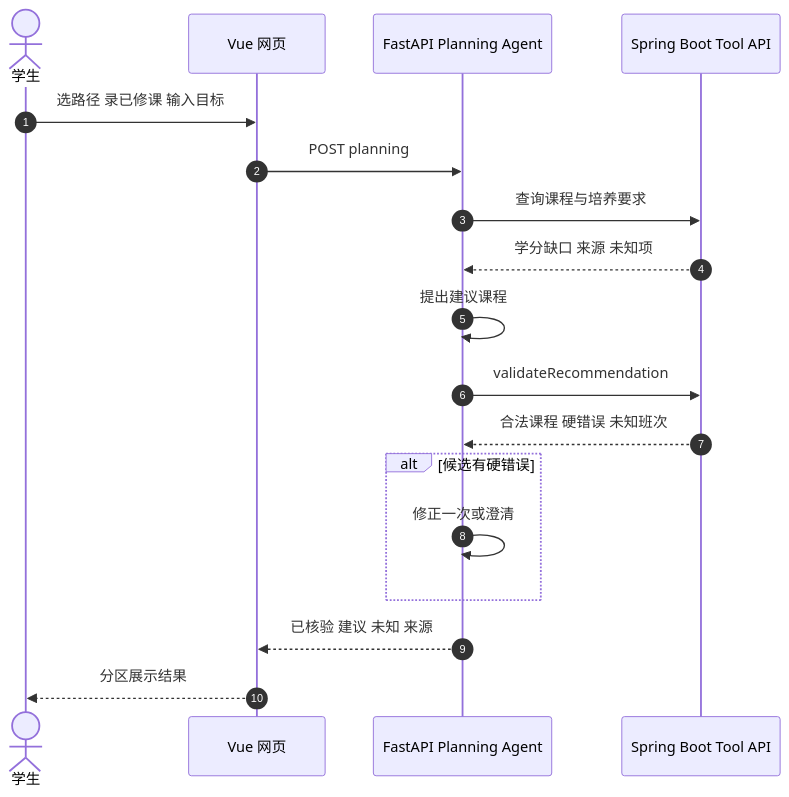
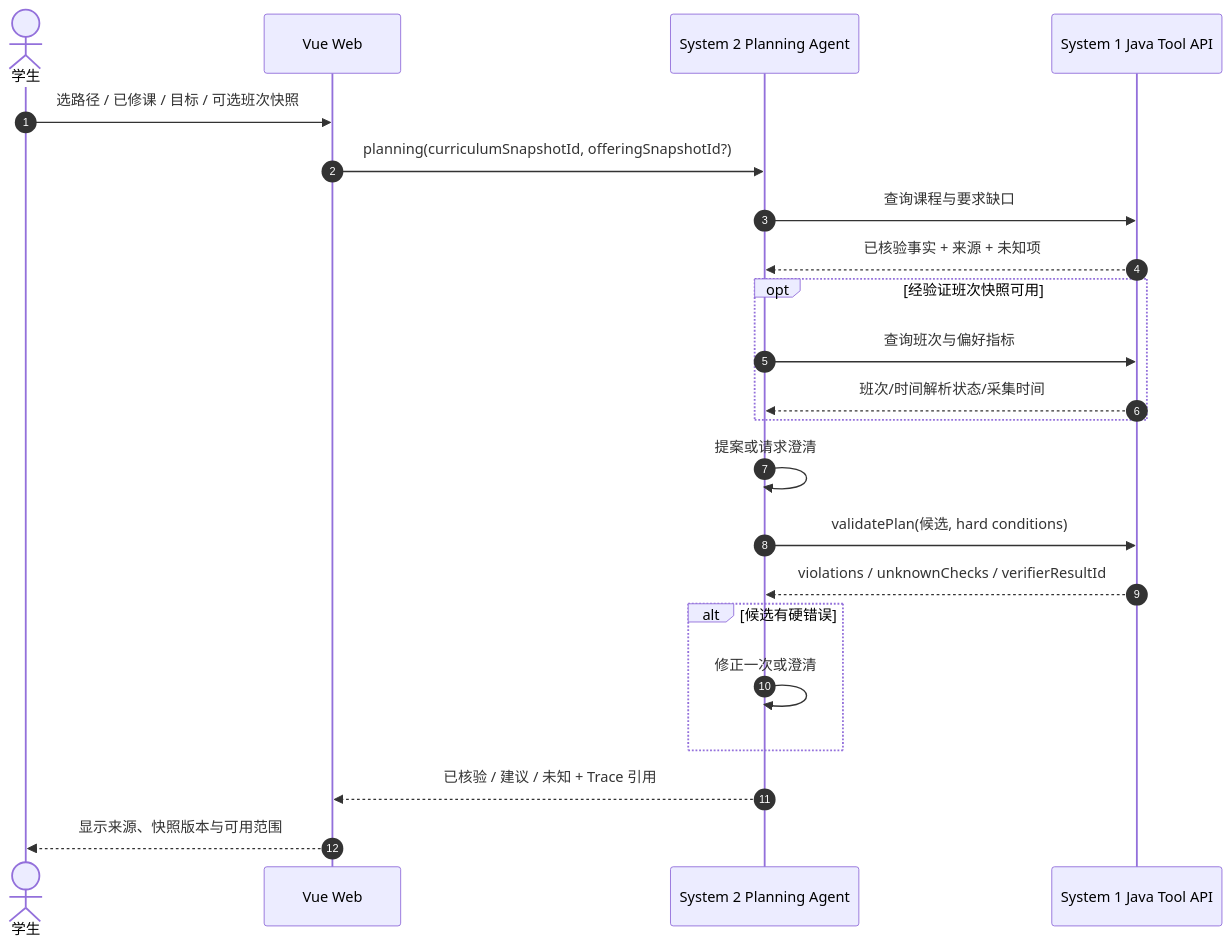
Before and after one commit to HelicasECoode42/CoursePilot-Evo: the diagram in docs/diagrams/planning-verification.mmd, drawn with Mermaid. The commit also changed 32 other files, not shown here.

Commit message:
docs: design browser offering adapter and multi-round RSI architecture

```diff
--- a/docs/diagrams/planning-verification.mmd
+++ b/docs/diagrams/planning-verification.mmd
@@ -1,18 +1,22 @@
 sequenceDiagram
   autonumber
   actor Student as 学生
-  participant Web as Vue 网页
-  participant Agent as FastAPI Planning Agent
-  participant Java as Spring Boot Tool API
-  Student->>Web: 选路径 录已修课 输入目标
-  Web->>Agent: POST planning
-  Agent->>Java: 查询课程与培养要求
-  Java-->>Agent: 学分缺口 来源 未知项
-  Agent->>Agent: 提出建议课程
-  Agent->>Java: validateRecommendation
-  Java-->>Agent: 合法课程 硬错误 未知班次
+  participant Web as Vue Web
+  participant Agent as System 2 Planning Agent
+  participant Java as System 1 Java Tool API
+  Student->>Web: 选路径 / 已修课 / 目标 / 可选班次快照
+  Web->>Agent: planning(curriculumSnapshotId, offeringSnapshotId?)
+  Agent->>Java: 查询课程与要求缺口
+  Java-->>Agent: 已核验事实 + 来源 + 未知项
+  opt 经验证班次快照可用
+    Agent->>Java: 查询班次与偏好指标
+    Java-->>Agent: 班次/时间解析状态/采集时间
+  end
+  Agent->>Agent: 提案或请求澄清
+  Agent->>Java: validatePlan(候选, hard conditions)
+  Java-->>Agent: violations / unknownChecks / verifierResultId
   alt 候选有硬错误
     Agent->>Agent: 修正一次或澄清
   end
-  Agent-->>Web: 已核验 建议 未知 来源
-  Web-->>Student: 分区展示结果
+  Agent-->>Web: 已核验 / 建议 / 未知 + Trace 引用
+  Web-->>Student: 显示来源、快照版本与可用范围
```
